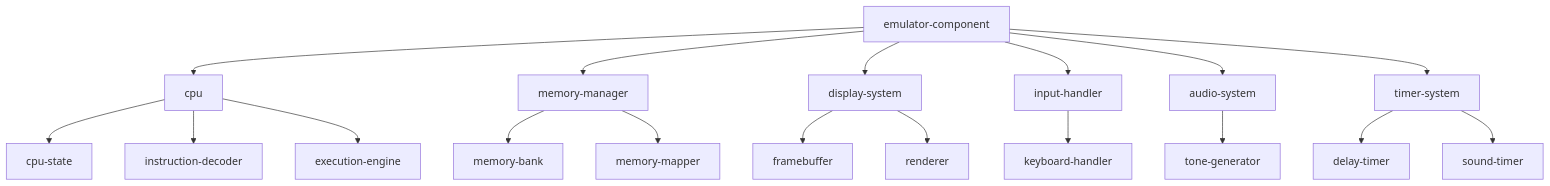
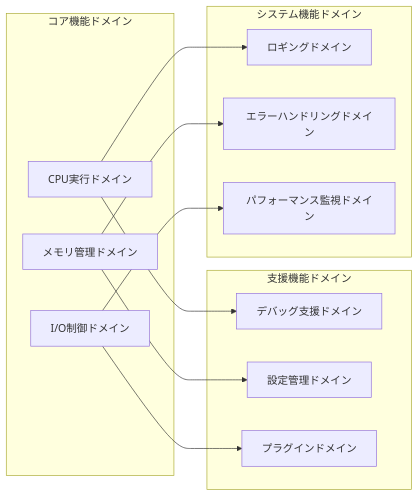
The second of 14 diagrams in docs/explanation/02-architecture-design.md (takeokunn/cl-chip8), drawn with Mermaid before and after one commit. The commit also changed other lines of this file and 27 other files, not shown here.

````diff
--- a/docs/explanation/02-architecture-design.md
+++ b/docs/explanation/02-architecture-design.md
@@ -63,26 +102,27 @@
 ```mermaid
-graph TD
-    A[emulator-component] --> B[cpu]
-    A --> C[memory-manager]
-    A --> D[display-system]
-    A --> E[input-handler]
-    A --> F[audio-system]
-    A --> G[timer-system]
+graph LR
+    subgraph "コア機能ドメイン"
+        A[CPU実行ドメイン]
+        B[メモリ管理ドメイン]
+        C[I/O制御ドメイン]
+    end
 
-    B --> B1[cpu-state]
-    B --> B2[instruction-decoder]
-    B --> B3[execution-engine]
+    subgraph "支援機能ドメイン"
+        D[デバッグ支援ドメイン]
+        E[設定管理ドメイン]
+        F[プラグインドメイン]
+    end
 
-    C --> C1[memory-bank]
-    C --> C2[memory-mapper]
+    subgraph "システム機能ドメイン"
+        G[ロギングドメイン]
+        H[エラーハンドリングドメイン]
+        I[パフォーマンス監視ドメイン]
+    end
 
-    D --> D1[framebuffer]
-    D --> D2[renderer]
-
-    E --> E1[keyboard-handler]
-
-    F --> F1[tone-generator]
-
-    G --> G1[delay-timer]
-    G --> G2[sound-timer]
+    A --> D
+    B --> E
+    C --> F
+    A --> G
+    B --> H
+    C --> I
 ```
````
